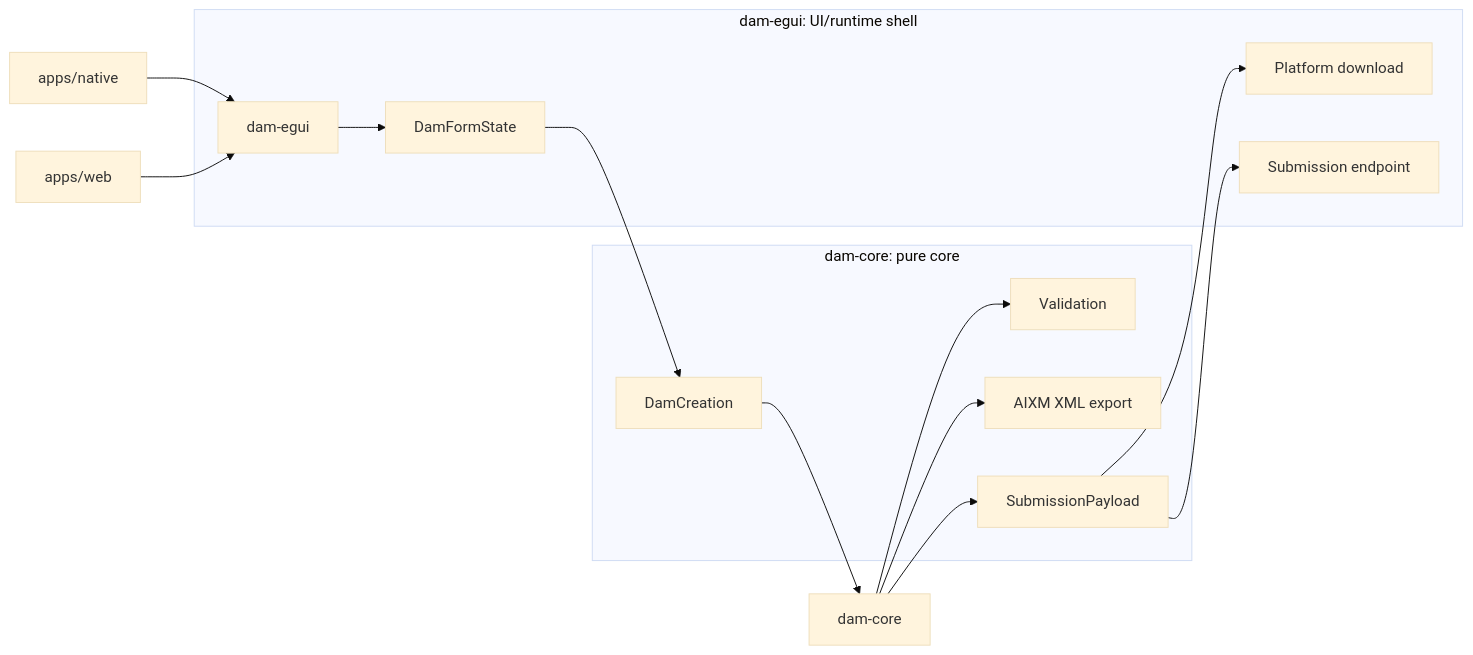
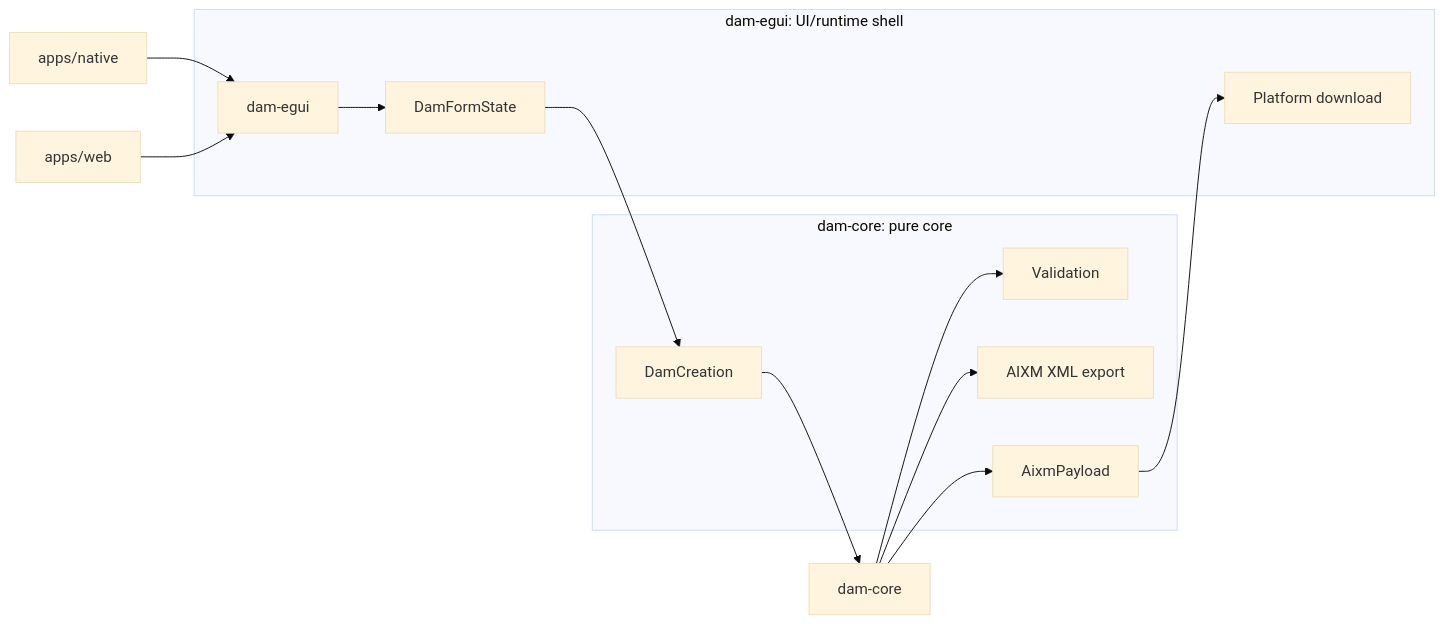
The diagram in docs/architecture.md (laurentDellaNegra/DAM-creation-tool), drawn with Mermaid (base theme) before and after one commit. The commit also changed other lines of this file and 21 other files, not shown here.

````diff
--- a/docs/architecture.md
+++ b/docs/architecture.md
@@ -50,30 +54,28 @@
 ```mermaid
 flowchart LR
     Native[apps/native] --> Egui[dam-egui]
     Web[apps/web] --> Egui
 
     Egui --> FormState[DamFormState]
     FormState --> Creation[DamCreation]
     Creation --> Core[dam-core]
 
     Core --> Validation[Validation]
     Core --> Aixm[AIXM XML export]
-    Core --> Payload[SubmissionPayload]
+    Core --> Payload[AixmPayload]
 
     Payload --> Download[Platform download]
-    Payload --> Submit[Submission endpoint]
 
     subgraph CoreBoundary[dam-core: pure core]
         Creation
         Validation
         Aixm
         Payload
     end
 
     subgraph UiBoundary[dam-egui: UI/runtime shell]
         Egui
         FormState
         Download
-        Submit
     end
 ```
````
